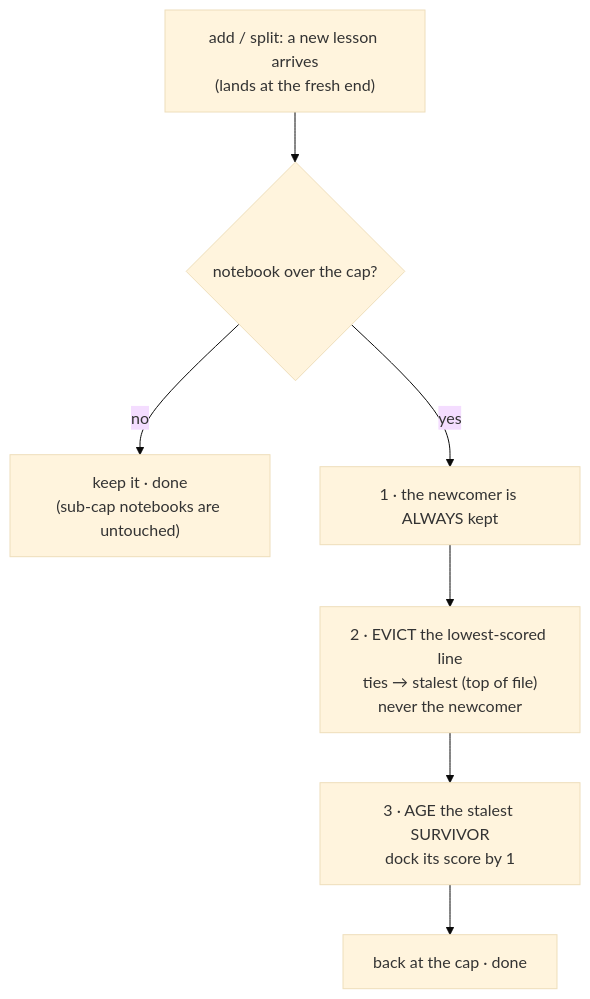
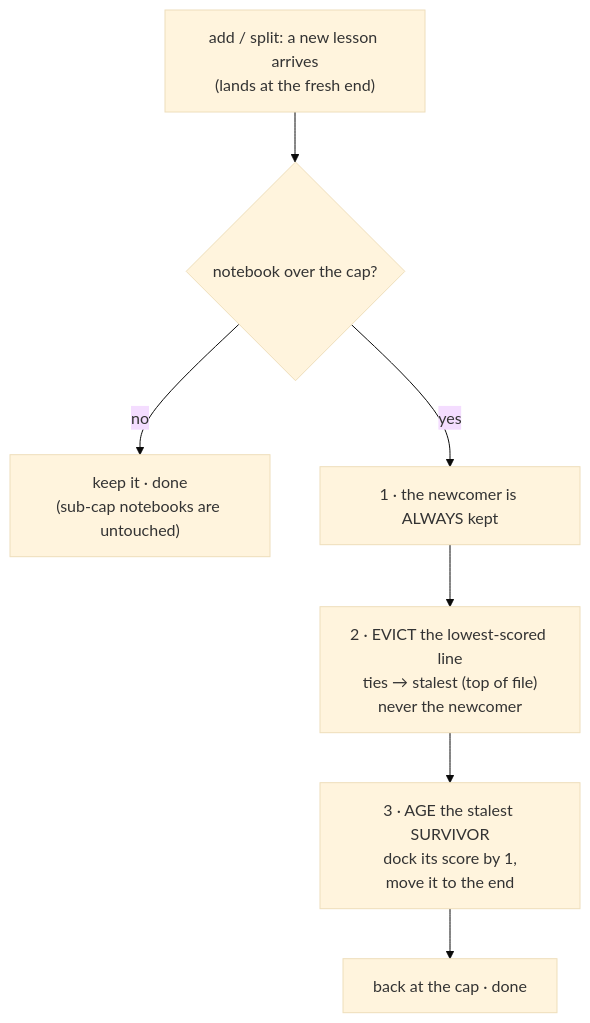
The second of 2 diagrams in docs/eviction-and-aging.md (jeanibarz/agent-notebook), drawn with Mermaid (base theme) before and after one commit. The commit also changed other lines of this file and 9 other files, not shown here.

````diff
--- a/docs/eviction-and-aging.md
+++ b/docs/eviction-and-aging.md
@@ -166,9 +192,9 @@
 ```mermaid
 flowchart TD
   A["add / split: a new lesson arrives<br/>(lands at the fresh end)"] --> B{"notebook over the cap?"}
   B -->|no| C["keep it · done<br/>(sub-cap notebooks are untouched)"]
   B -->|yes| D["1 · the newcomer is ALWAYS kept"]
   D --> E["2 · EVICT the lowest-scored line<br/>ties → stalest (top of file)<br/>never the newcomer"]
-  E --> F["3 · AGE the stalest SURVIVOR<br/>dock its score by 1"]
+  E --> F["3 · AGE the stalest SURVIVOR<br/>dock its score by 1,<br/>move it to the end"]
   F --> G["back at the cap · done"]
 ```
````
